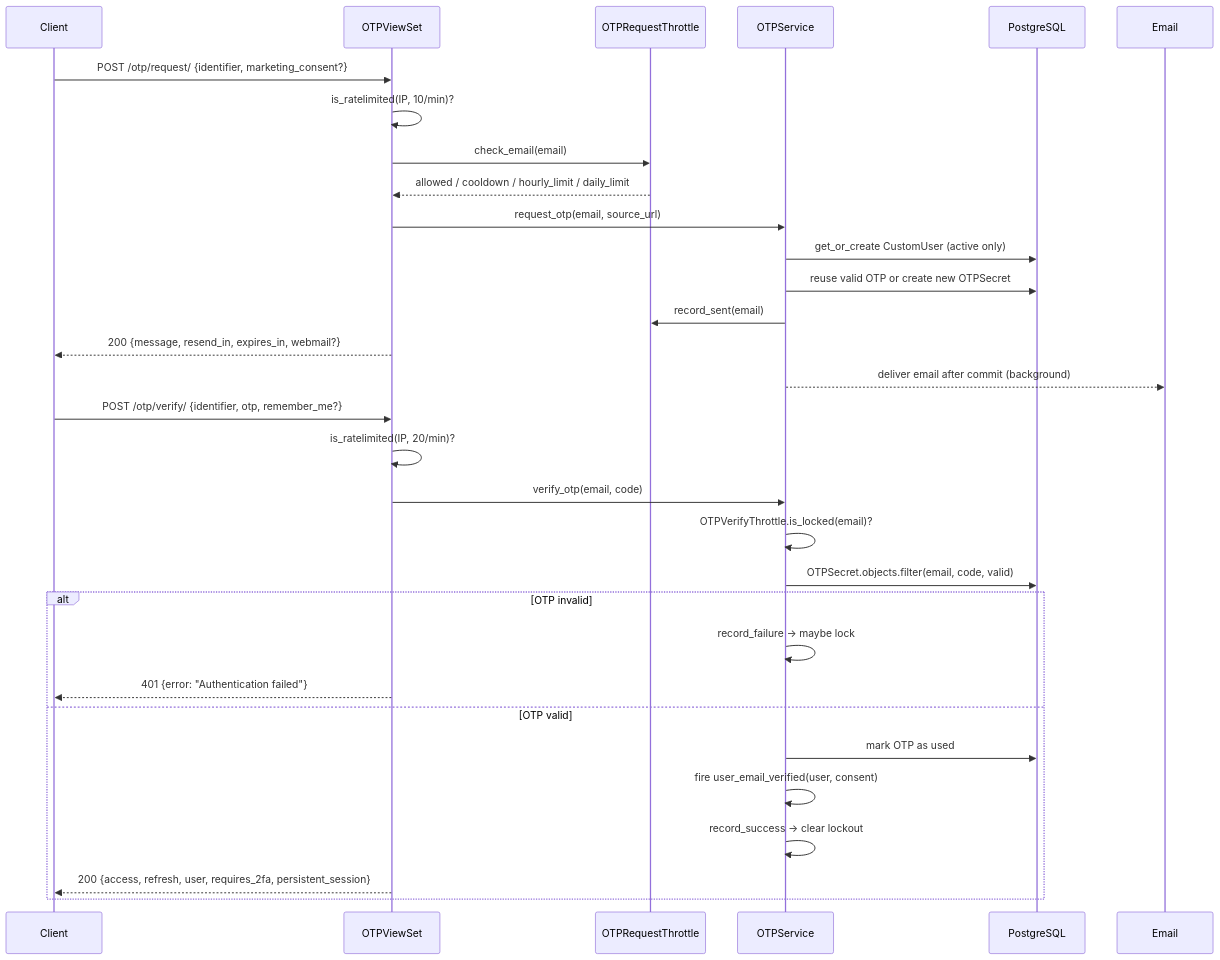
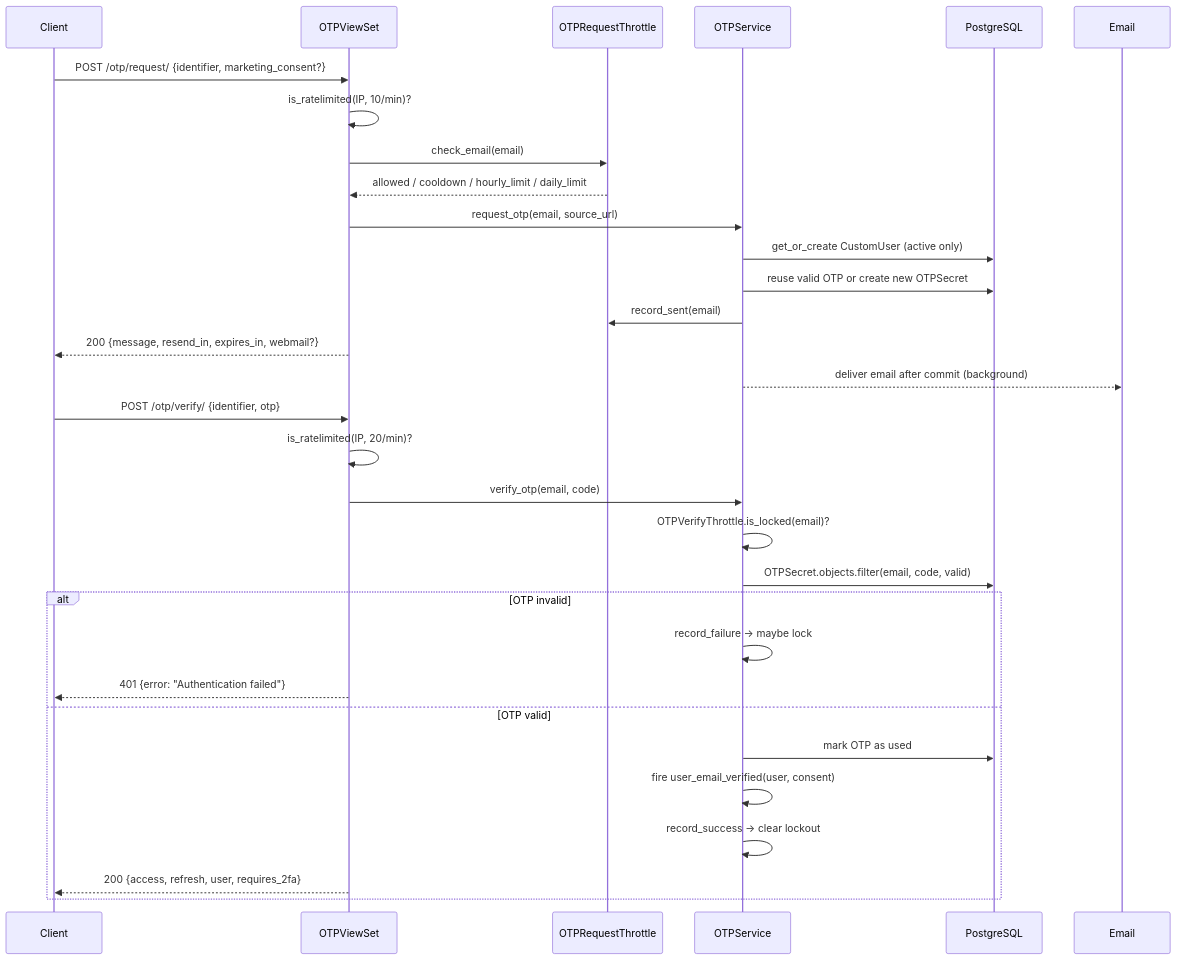
The first of 2 diagrams in docs/features/built-in-apps/user-management/accounts/otp.mdx (markolofsen/django-cfg), drawn with Mermaid before and after one commit. The commit also changed other lines of this file and 21 other files, not shown here.

````diff
--- a/docs/features/built-in-apps/user-management/accounts/otp.mdx
+++ b/docs/features/built-in-apps/user-management/accounts/otp.mdx
@@ -14,35 +14,35 @@
 ```mermaid
 sequenceDiagram
     participant C as Client
     participant V as OTPViewSet
     participant T as OTPRequestThrottle
     participant S as OTPService
     participant DB as PostgreSQL
     participant E as Email
 
     C->>V: POST /otp/request/ {identifier, marketing_consent?}
     V->>V: is_ratelimited(IP, 10/min)?
     V->>T: check_email(email)
     T-->>V: allowed / cooldown / hourly_limit / daily_limit
     V->>S: request_otp(email, source_url)
     S->>DB: get_or_create CustomUser (active only)
     S->>DB: reuse valid OTP or create new OTPSecret
     S->>T: record_sent(email)
     V-->>C: 200 {message, resend_in, expires_in, webmail?}
     S-->>E: deliver email after commit (background)
 
-    C->>V: POST /otp/verify/ {identifier, otp, remember_me?}
+    C->>V: POST /otp/verify/ {identifier, otp}
     V->>V: is_ratelimited(IP, 20/min)?
     V->>S: verify_otp(email, code)
     S->>S: OTPVerifyThrottle.is_locked(email)?
     S->>DB: OTPSecret.objects.filter(email, code, valid)
     alt OTP invalid
         S->>S: record_failure → maybe lock
         V-->>C: 401 {error: "Authentication failed"}
     else OTP valid
         S->>DB: mark OTP as used
         S->>S: fire user_email_verified(user, consent)
         S->>S: record_success → clear lockout
-        V-->>C: 200 {access, refresh, user, requires_2fa, persistent_session}
+        V-->>C: 200 {access, refresh, user, requires_2fa}
     end
 ```
````
